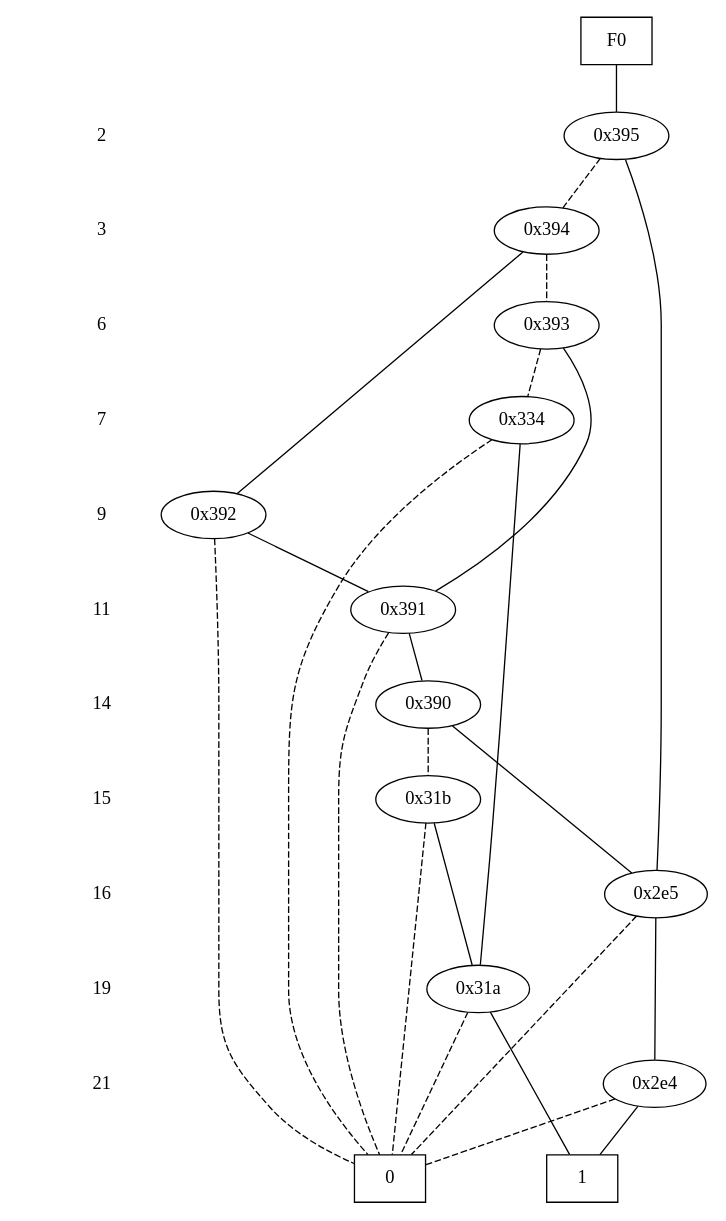
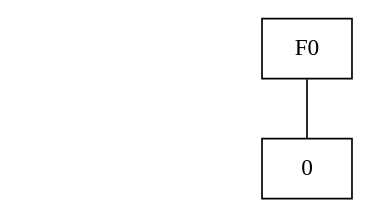
Before and after one commit to dan-olsen/ECE524: the diagram in Project1_2/Dot/23.dot, drawn with Graphviz. The commit also changed 41 other files, not shown here.

```diff
--- a/Project1_2/Dot/23.dot
+++ b/Project1_2/Dot/23.dot
@@ -1,75 +1,18 @@
 digraph "ZDD" {
 size = "7.5,10"
 center = true;
 edge [dir = none];
 { node [shape = plaintext];
   edge [style = invis];
   "CONST NODES" [style = invis];
-" 2 " -> " 3 " -> " 6 " -> " 7 " -> " 9 " -> " 11 " -> " 14 " -> " 15 " -> " 16 " -> " 19 " -> " 21 " -> "CONST NODES"; 
+"CONST NODES"; 
 }
 { rank = same; node [shape = box]; edge [style = invis];
 "F0"; }
-{ rank = same; " 2 ";
-"0x395";
-}
-{ rank = same; " 3 ";
-"0x394";
-}
-{ rank = same; " 6 ";
-"0x393";
-}
-{ rank = same; " 7 ";
-"0x334";
-}
-{ rank = same; " 9 ";
-"0x392";
-}
-{ rank = same; " 11 ";
-"0x391";
-}
-{ rank = same; " 14 ";
-"0x390";
-}
-{ rank = same; " 15 ";
-"0x31b";
-}
-{ rank = same; " 16 ";
-"0x2e5";
-}
-{ rank = same; " 19 ";
-"0x31a";
-}
-{ rank = same; " 21 ";
-"0x2e4";
-}
 { rank = same; "CONST NODES";
-{ node [shape = box]; "0x288";
-"0x287";
+{ node [shape = box]; "(nil)";
 }
 }
-"F0" -> "0x395" [style = solid];
-"0x395" -> "0x2e5";
-"0x395" -> "0x394" [style = dashed];
-"0x394" -> "0x392";
-"0x394" -> "0x393" [style = dashed];
-"0x393" -> "0x391";
-"0x393" -> "0x334" [style = dashed];
-"0x334" -> "0x31a";
-"0x334" -> "0x288" [style = dashed];
-"0x392" -> "0x391";
-"0x392" -> "0x288" [style = dashed];
-"0x391" -> "0x390";
-"0x391" -> "0x288" [style = dashed];
-"0x390" -> "0x2e5";
-"0x390" -> "0x31b" [style = dashed];
-"0x31b" -> "0x31a";
-"0x31b" -> "0x288" [style = dashed];
-"0x2e5" -> "0x2e4";
-"0x2e5" -> "0x288" [style = dashed];
-"0x31a" -> "0x287";
-"0x31a" -> "0x288" [style = dashed];
-"0x2e4" -> "0x287";
-"0x2e4" -> "0x288" [style = dashed];
-"0x288" [label = "0"];
-"0x287" [label = "1"];
+"F0" -> "(nil)" [style = solid];
+"(nil)" [label = "0"];
 }
```
